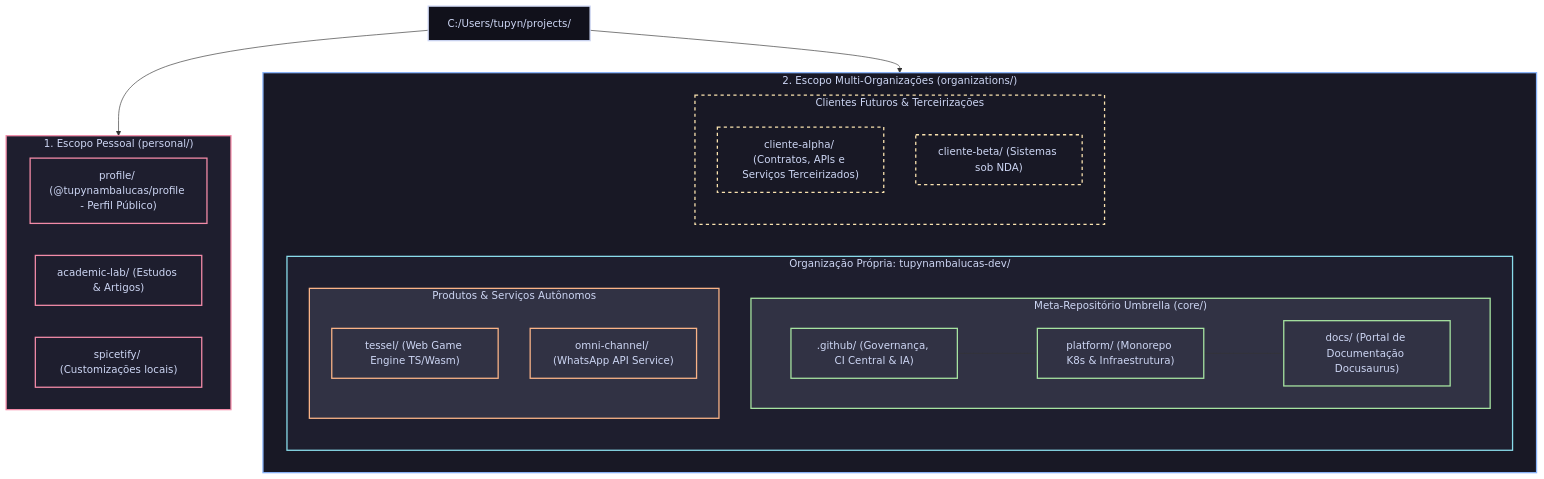
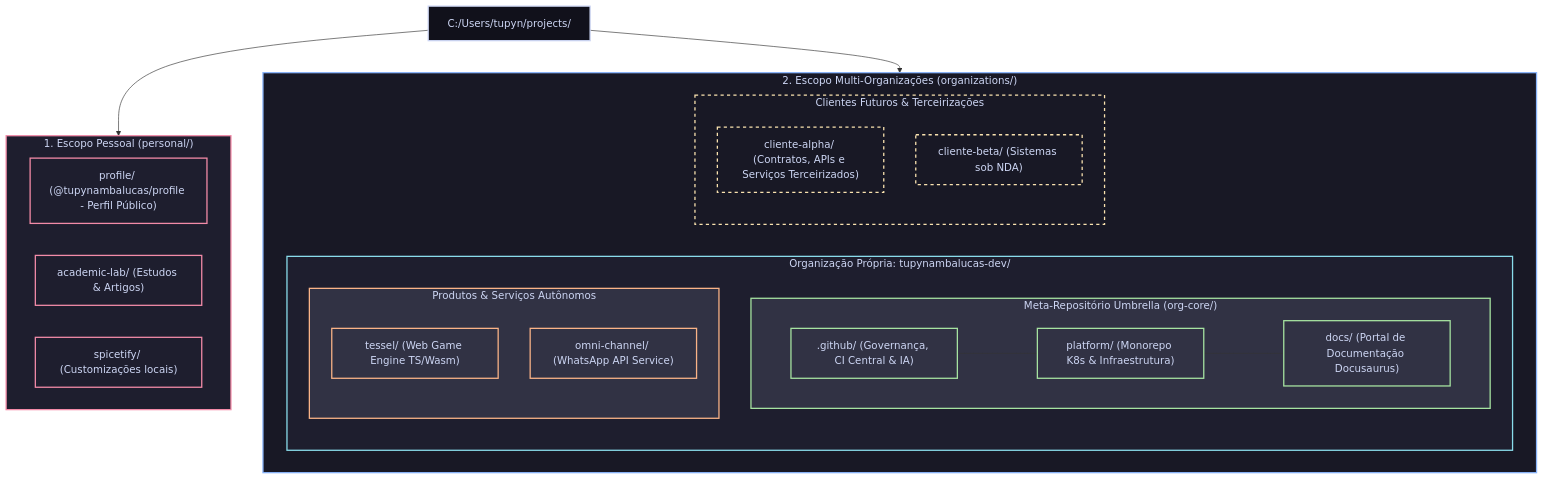
The first of 2 diagrams in .agents/plans/meta-repository-architecture.md (tupynambalucas-dev/.github), drawn with Mermaid before and after one commit. The commit also changed other lines of this file, not shown here.

Commit message:
docs(plans): update meta-repo naming to org-core

````diff
--- a/.agents/plans/meta-repository-architecture.md
+++ b/.agents/plans/meta-repository-architecture.md
@@ -29,52 +29,52 @@
 ```mermaid
 graph TD
   direction TB
 
   Root["C:/Users/tupyn/projects/"]
 
   subgraph PersonalScope ["1. Escopo Pessoal (personal/)"]
     Profile["profile/ (@tupynambalucas/profile - Perfil Público)"]
     AcadLab["academic-lab/ (Estudos & Artigos)"]
     Spicetify["spicetify/ (Customizações locais)"]
   end
 
   subgraph MultiOrgScope ["2. Escopo Multi-Organizações (organizations/)"]
     subgraph TupynambalucasOrg ["Organização Própria: tupynambalucas-dev/"]
-      subgraph CoreUmbrella ["Meta-Repositório Umbrella (core/)"]
+      subgraph CoreUmbrella ["Meta-Repositório Umbrella (org-core/)"]
         DotGithub[".github/ (Governança, CI Central & IA)"]
         Platform["platform/ (Monorepo K8s & Infraestrutura)"]
         Docs["docs/ (Portal de Documentação Docusaurus)"]
         DotGithub --- Platform --- Docs
       end
 
       subgraph OrgProducts ["Produtos & Serviços Autônomos"]
         Tessel["tessel/ (Web Game Engine TS/Wasm)"]
         Omni["omni-channel/ (WhatsApp API Service)"]
       end
     end
 
     subgraph FutureClients ["Clientes Futuros & Terceirizações"]
       ClientA["cliente-alpha/ (Contratos, APIs e Serviços Terceirizados)"]
       ClientB["cliente-beta/ (Sistemas sob NDA)"]
     end
   end
 
   Root --> PersonalScope
   Root --> MultiOrgScope
 
   classDef root fill:#11111b,stroke:#cdd6f4,stroke-width:2px,color:#cdd6f4;
   classDef personal fill:#1e1e2e,stroke:#f38ba8,stroke-width:2px,color:#cdd6f4;
   classDef multiorg fill:#181825,stroke:#89b4fa,stroke-width:2px,color:#cdd6f4;
   classDef tupynambalucas fill:#1e1e2e,stroke:#89dceb,stroke-width:2px,color:#cdd6f4;
   classDef umbrella fill:#313244,stroke:#a6e3a1,stroke-width:2px,color:#cdd6f4;
   classDef prod fill:#313244,stroke:#fab387,stroke-width:2px,color:#cdd6f4;
   classDef client fill:#181825,stroke:#f9e2af,stroke-width:2px,stroke-dasharray: 5 5,color:#cdd6f4;
 
   class Root root;
   class PersonalScope,Profile,AcadLab,Spicetify personal;
   class MultiOrgScope multiorg;
   class TupynambalucasOrg tupynambalucas;
   class CoreUmbrella,DotGithub,Platform,Docs umbrella;
   class OrgProducts,Tessel,Omni prod;
   class FutureClients,ClientA,ClientB client;
 ```
````
